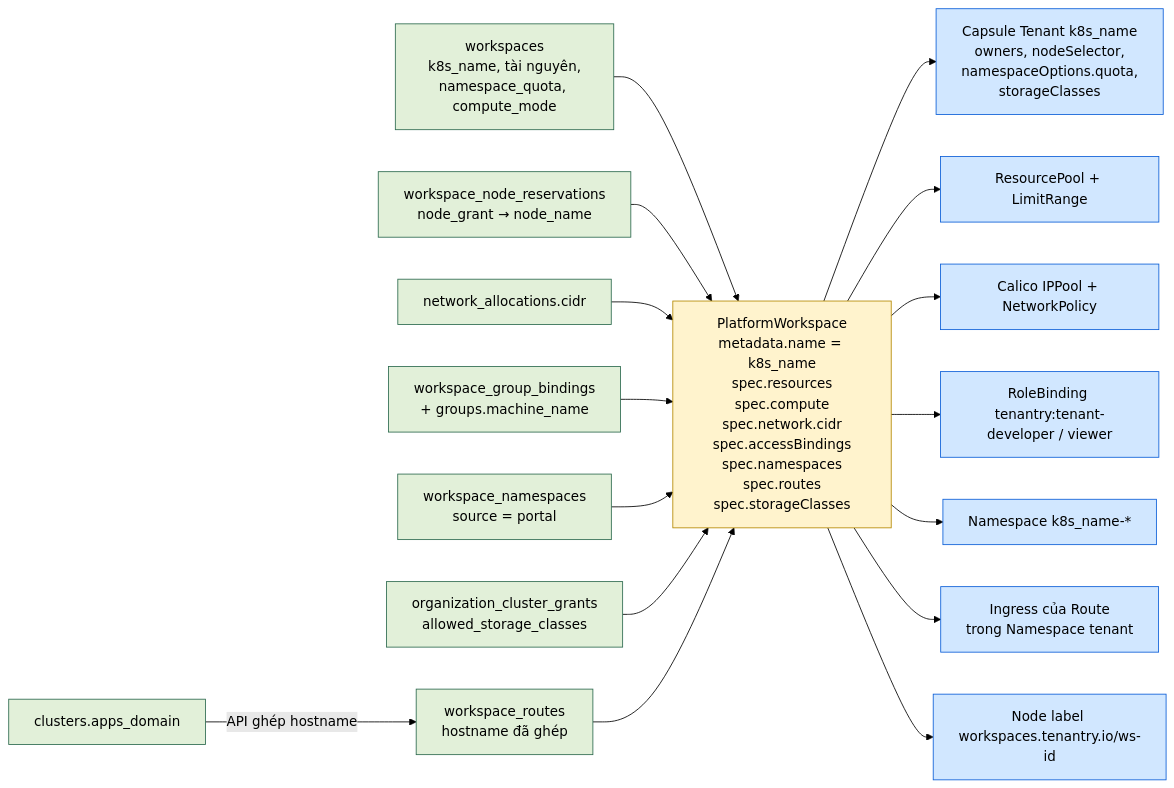
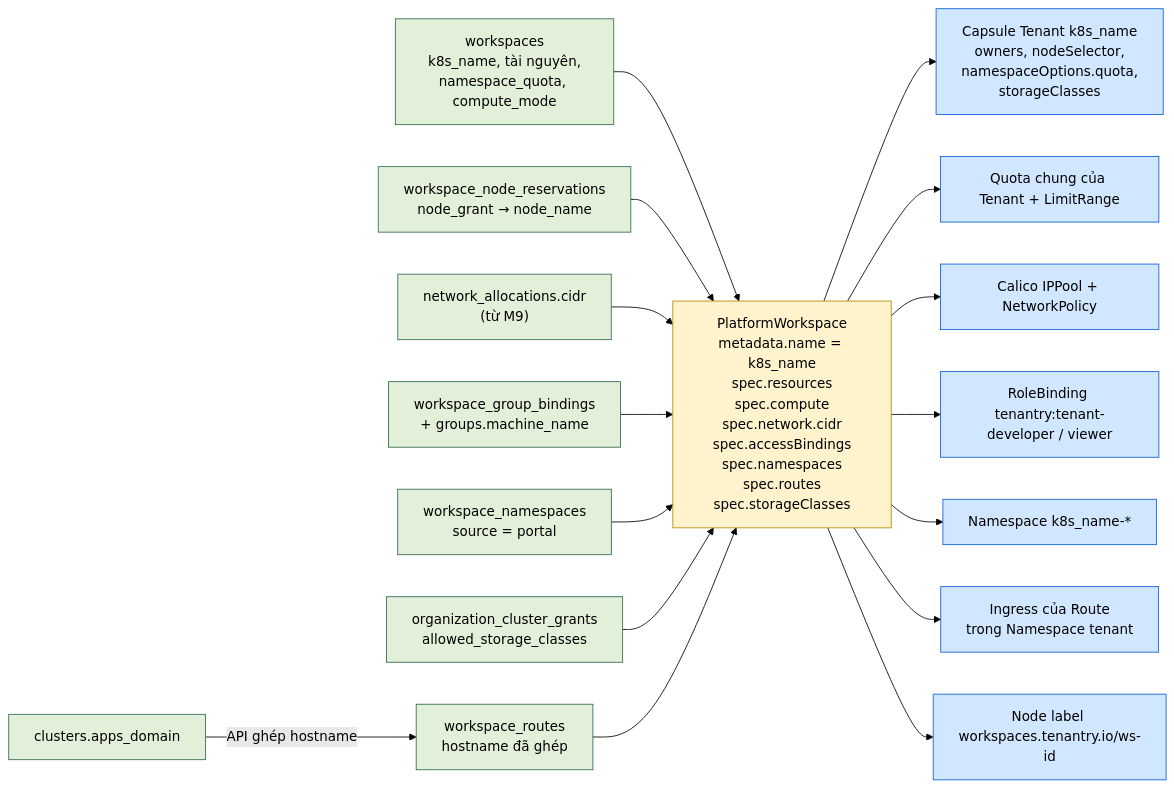
Before and after one commit to thaihoc1310/tenantry: the fifth of 5 diagrams in docs/architecture/02-data-model.md, drawn with Mermaid (forest theme). The commit also changed other lines of this file and 14 other files, not shown here.

Commit message:
docs: full review of M0-M12 with org slugs without hyphens, one shared quota per Workspace, tenant RoleBinding and network admission policies, kube-proxy local detection by interface, in-app ownership transfer, missing endpoints, and demo numbers that fit the lab

````diff
--- a/docs/architecture/02-data-model.md
+++ b/docs/architecture/02-data-model.md
@@ -450,41 +478,41 @@
 ```mermaid
 flowchart LR
   classDef db fill:#e2f0d9,stroke:#2d6a4f,color:#000
   classDef cr fill:#fff3cd,stroke:#b58900,color:#000
   classDef k8s fill:#d1e7ff,stroke:#0b5ed7,color:#000
 
   W["workspaces<br/>k8s_name, tài nguyên,<br/>namespace_quota, compute_mode"]:::db
   NR["workspace_node_reservations<br/>node_grant → node_name"]:::db
-  NA["network_allocations.cidr"]:::db
+  NA["network_allocations.cidr<br/>(từ M9)"]:::db
   GB["workspace_group_bindings<br/>+ groups.machine_name"]:::db
   WN["workspace_namespaces<br/>source = portal"]:::db
   G["organization_cluster_grants<br/>allowed_storage_classes"]:::db
   WR["workspace_routes<br/>hostname đã ghép"]:::db
   C["clusters.apps_domain"]:::db
 
   CR["PlatformWorkspace<br/>metadata.name = k8s_name<br/>spec.resources<br/>spec.compute<br/>spec.network.cidr<br/>spec.accessBindings<br/>spec.namespaces<br/>spec.routes<br/>spec.storageClasses"]:::cr
 
   T["Capsule Tenant k8s_name<br/>owners, nodeSelector,<br/>namespaceOptions.quota,<br/>storageClasses"]:::k8s
-  RP["ResourcePool + LimitRange"]:::k8s
+  RP["Quota chung của Tenant + LimitRange"]:::k8s
   IP["Calico IPPool + NetworkPolicy"]:::k8s
   RB["RoleBinding tenantry:tenant-developer / viewer"]:::k8s
   NS["Namespace k8s_name-*"]:::k8s
   ROUTE["Ingress của Route<br/>trong Namespace tenant"]:::k8s
   NODE["Node label workspaces.tenantry.io/ws-id"]:::k8s
 
   W --> CR
   NR --> CR
   NA --> CR
   GB --> CR
   WN --> CR
   G --> CR
   C -->|"API ghép hostname"| WR
   WR --> CR
   CR --> T
   CR --> RP
   CR --> IP
   CR --> RB
   CR --> NS
   CR --> ROUTE
   CR --> NODE
 ```
````
